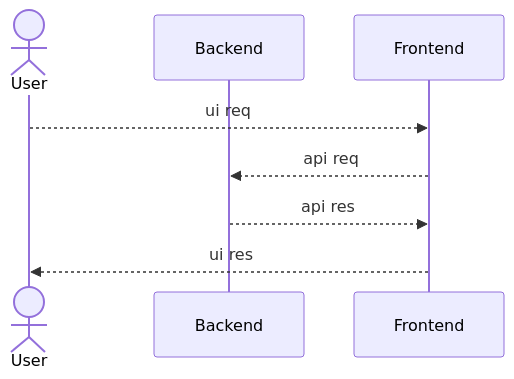
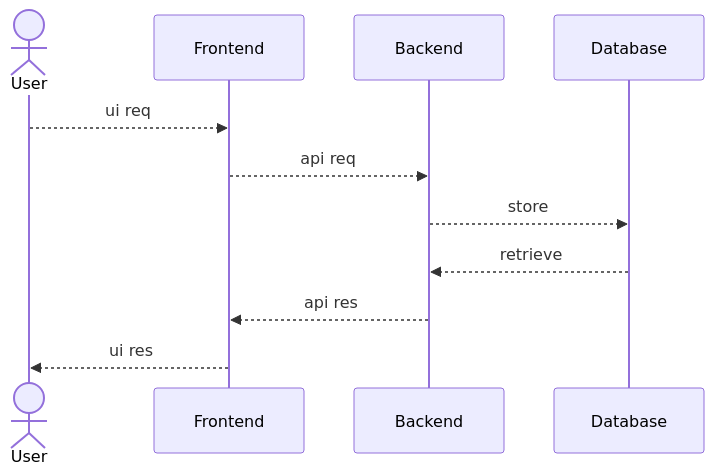
One commit to OfficialApurvChatur/POC02-ExpressSetup changed the first of 3 diagrams in Readme.md. Above: the diagram before and after it, drawn with Mermaid. The commit also changed other lines of this file and 4 other files, not shown here.

````diff
--- a/Readme.md
+++ b/Readme.md
@@ -6,11 +6,14 @@
 ```mermaid
   sequenceDiagram
     actor User
+    participant Frontend
     participant Backend
-    participant Backend
+    participant Database
 
     User -->> Frontend : ui req
     Frontend -->> Backend : api req
+    Backend -->> Database : store
+    Database -->> Backend : retrieve
     Backend -->> Frontend : api res
     Frontend -->> User : ui res
 ```
````
